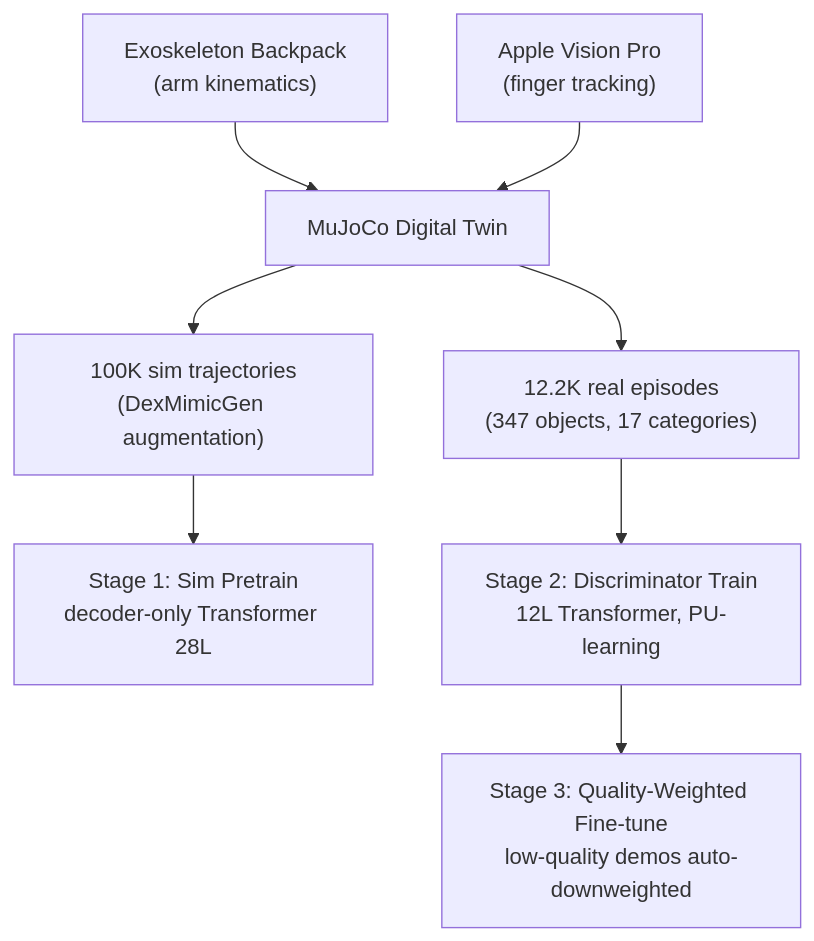
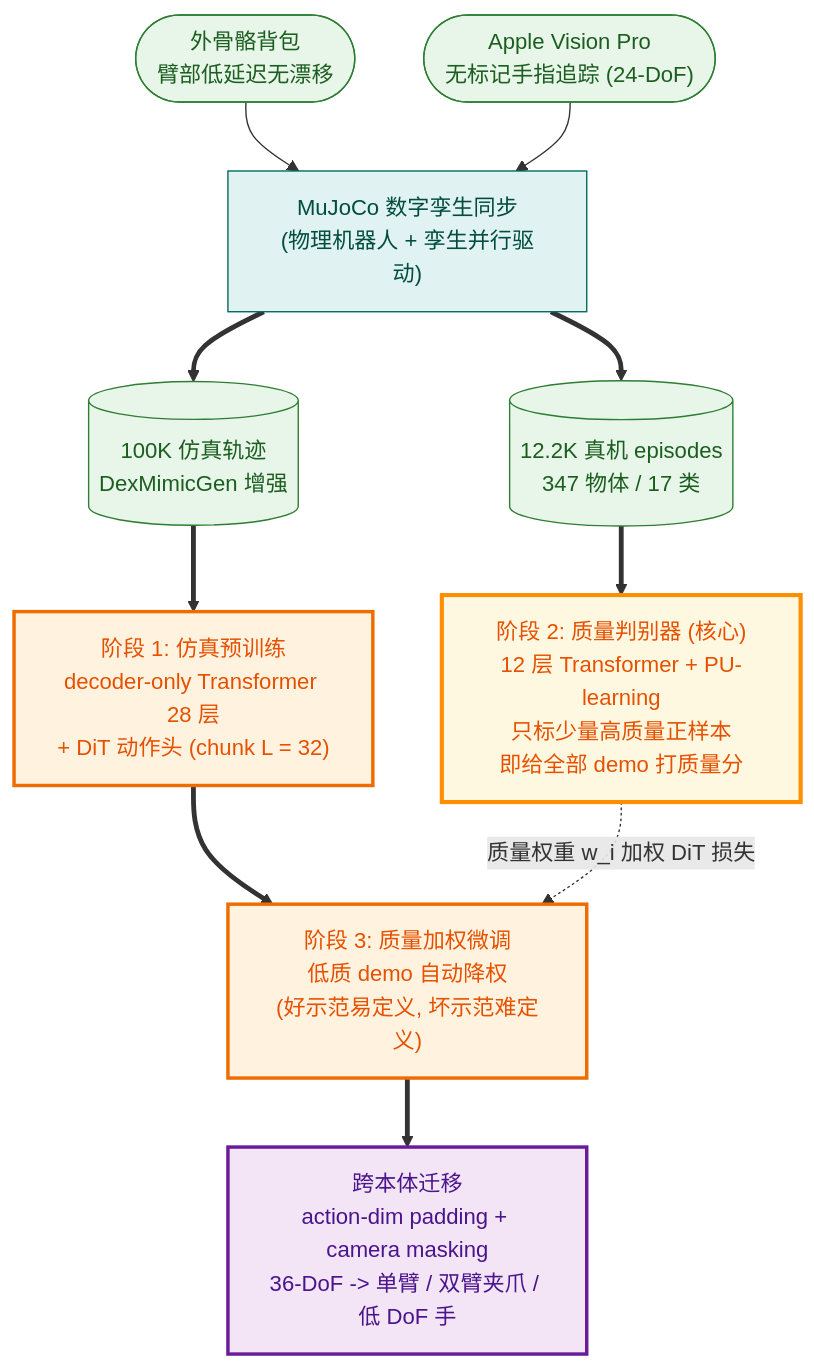
The diagram in notes/rl/dexterous/dexora.md (luohu-arch/physical_intelligence_study), drawn with Mermaid before and after one commit. The commit also changed 153 other files, not shown here.

````diff
--- a/notes/rl/dexterous/dexora.md
+++ b/notes/rl/dexterous/dexora.md
@@ -46,10 +46,33 @@
 ```mermaid
-graph TD
-    EXO["Exoskeleton Backpack<br/>(arm kinematics)"] --> TWIN["MuJoCo Digital Twin"]
-    AVP["Apple Vision Pro<br/>(finger tracking)"] --> TWIN
-    TWIN --> SIM["100K sim trajectories<br/>(DexMimicGen augmentation)"]
-    TWIN --> REAL["12.2K real episodes<br/>(347 objects, 17 categories)"]
-    SIM --> PRETRAIN["Stage 1: Sim Pretrain<br/>decoder-only Transformer 28L"]
-    REAL --> DISC["Stage 2: Discriminator Train<br/>12L Transformer, PU-learning"]
-    DISC --> QUALITY["Stage 3: Quality-Weighted Fine-tune<br/>low-quality demos auto-downweighted"]
+%%{init: {
+  'theme':'base',
+  'themeVariables':{
+    'primaryColor':'#fafbfd','primaryBorderColor':'#4a5d7d','primaryTextColor':'#1f2937',
+    'fontFamily':'"PingFang SC","Hiragino Sans GB","Microsoft YaHei",sans-serif',
+    'fontSize':'14px','clusterBkg':'#fbfcfe','clusterBorder':'#b9c6d8','edgeLabelBackground':'#ffffff'
+  },
+  'flowchart':{'curve':'basis','nodeSpacing':26,'rankSpacing':42,'padding':10}
+}}%%
+flowchart TD
+    EXO(["外骨骼背包<br/>臂部低延迟无漂移"]) --> TWIN["MuJoCo 数字孪生同步<br/>(物理机器人 + 孪生并行驱动)"]
+    AVP(["Apple Vision Pro<br/>无标记手指追踪 (24-DoF)"]) --> TWIN
+    TWIN ==> SIM[("100K 仿真轨迹<br/>DexMimicGen 增强")]
+    TWIN ==> REAL[("12.2K 真机 episodes<br/>347 物体 / 17 类")]
+    SIM ==> S1["阶段 1: 仿真预训练<br/>decoder-only Transformer 28 层<br/>+ DiT 动作头 (chunk L = 32)"]
+    REAL ==> DISC["阶段 2: 质量判别器 (核心)<br/>12 层 Transformer + PU-learning<br/>只标少量高质量正样本<br/>即给全部 demo 打质量分"]
+    S1 ==> S3["阶段 3: 质量加权微调<br/>低质 demo 自动降权<br/>(好示范易定义, 坏示范难定义)"]
+    DISC -.->|"质量权重 w_i 加权 DiT 损失"| S3
+    S3 ==> TRANS["跨本体迁移<br/>action-dim padding + camera masking<br/>36-DoF -> 单臂 / 双臂夹爪 / 低 DoF 手"]
+
+    class EXO,AVP data
+    class TWIN env
+    class SIM,REAL data
+    class S1,S3 train
+    class DISC key
+    class TRANS act
+    classDef data fill:#e8f5e9,stroke:#2e7d32,color:#1b5e20
+    classDef env fill:#e0f2f1,stroke:#00695c,color:#004d40
+    classDef train fill:#fff3e0,stroke:#ef6c00,stroke-width:2.5px,color:#e65100
+    classDef key fill:#fff8e1,stroke:#ff8f00,stroke-width:3px,color:#e65100
+    classDef act fill:#f3e5f5,stroke:#6a1b9a,stroke-width:2.5px,color:#4a148c
 ```
````
